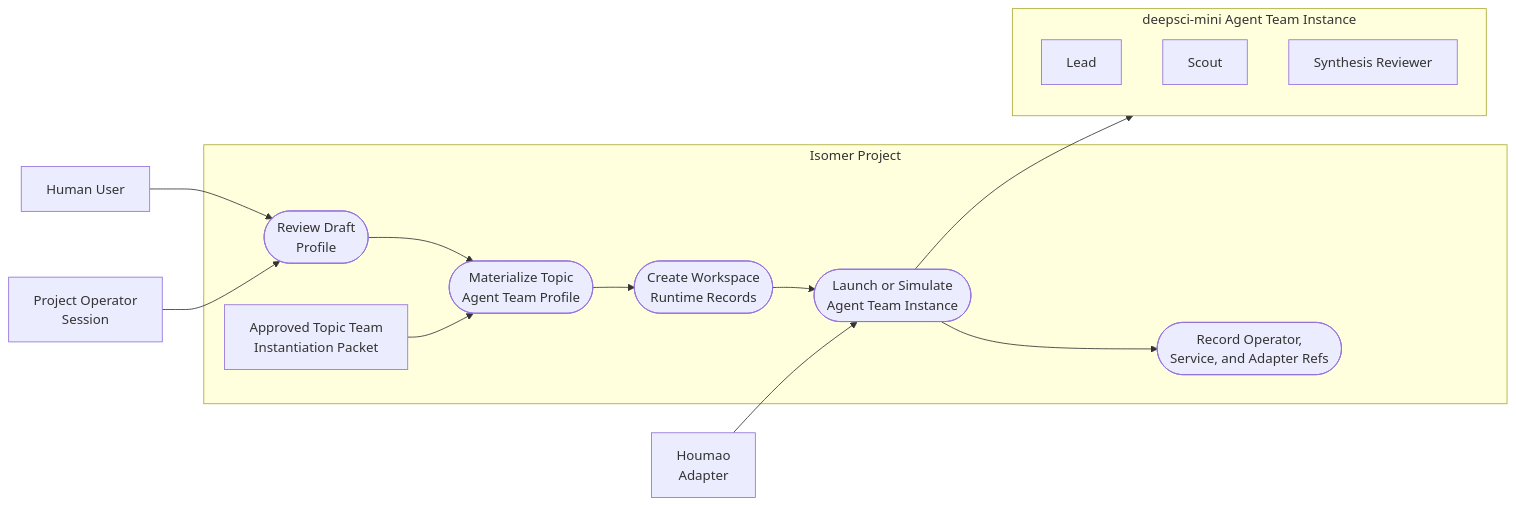
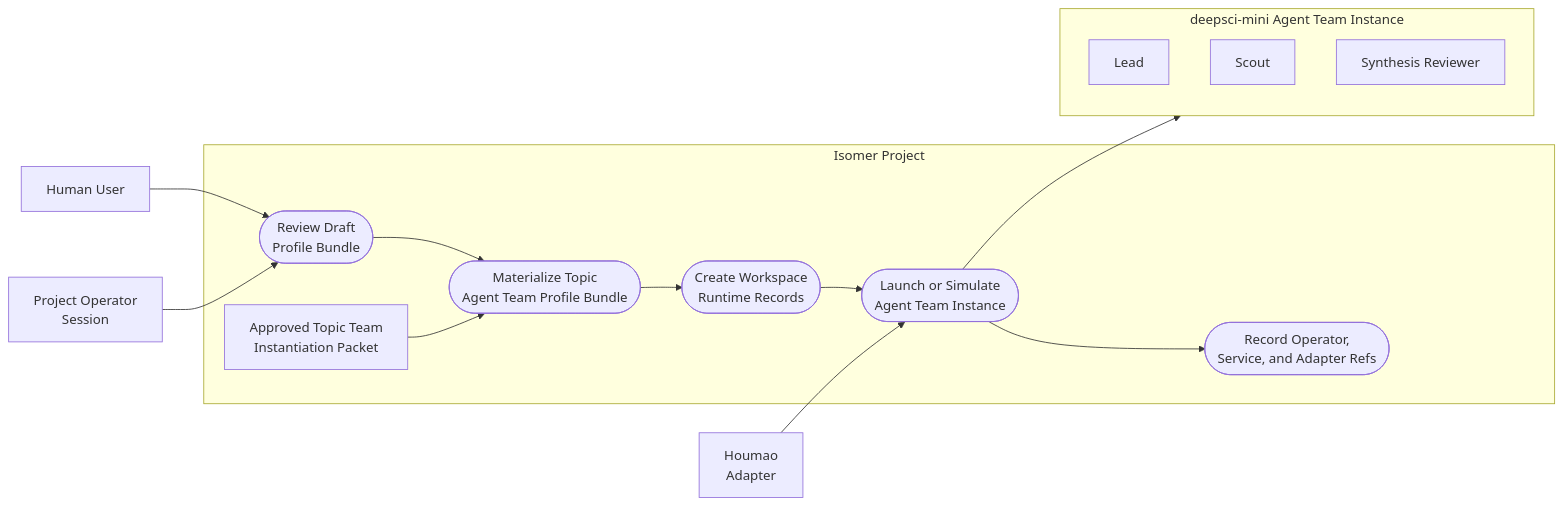
The first of 2 diagrams in openspec/changes/add-operator-agent-topic-team-instantiation/explore/use-cases/uc-03-approved-packet-materializes-and-launches-topic-team.md (CodeGandee/isomer-labs), drawn with Mermaid before and after one commit. The commit also changed other lines of this file and 79 other files, not shown here.

Commit message:
feat: add topic team instantiation

````diff
--- a/openspec/changes/add-operator-agent-topic-team-instantiation/explore/use-cases/uc-03-approved-packet-materializes-and-launches-topic-team.md
+++ b/openspec/changes/add-operator-agent-topic-team-instantiation/explore/use-cases/uc-03-approved-packet-materializes-and-launches-topic-team.md
@@ -36,27 +37,27 @@
 ```mermaid
 flowchart LR
   User[Human User]
   Session[Project Operator<br/>Session]
   Adapter[Houmao<br/>Adapter]
 
   subgraph Isomer["Isomer Project"]
     Packet[Approved Topic Team<br/>Instantiation Packet]
-    Review([Review Draft<br/>Profile])
-    Profile([Materialize Topic<br/>Agent Team Profile])
+    Review([Review Draft<br/>Profile Bundle])
+    Profile([Materialize Topic<br/>Agent Team Profile Bundle])
     Runtime([Create Workspace<br/>Runtime Records])
     Team([Launch or Simulate<br/>Agent Team Instance])
     Provenance([Record Operator,<br/>Service, and Adapter Refs])
   end
 
   subgraph ResearchTeam["deepsci-mini Agent Team Instance"]
     Lead[Lead]
     Scout[Scout]
     Reviewer[Synthesis Reviewer]
   end
 
   User --> Review
   Session --> Review --> Profile --> Runtime --> Team --> Provenance
   Packet --> Profile
   Adapter --> Team
   Team --> ResearchTeam
 ```
````
